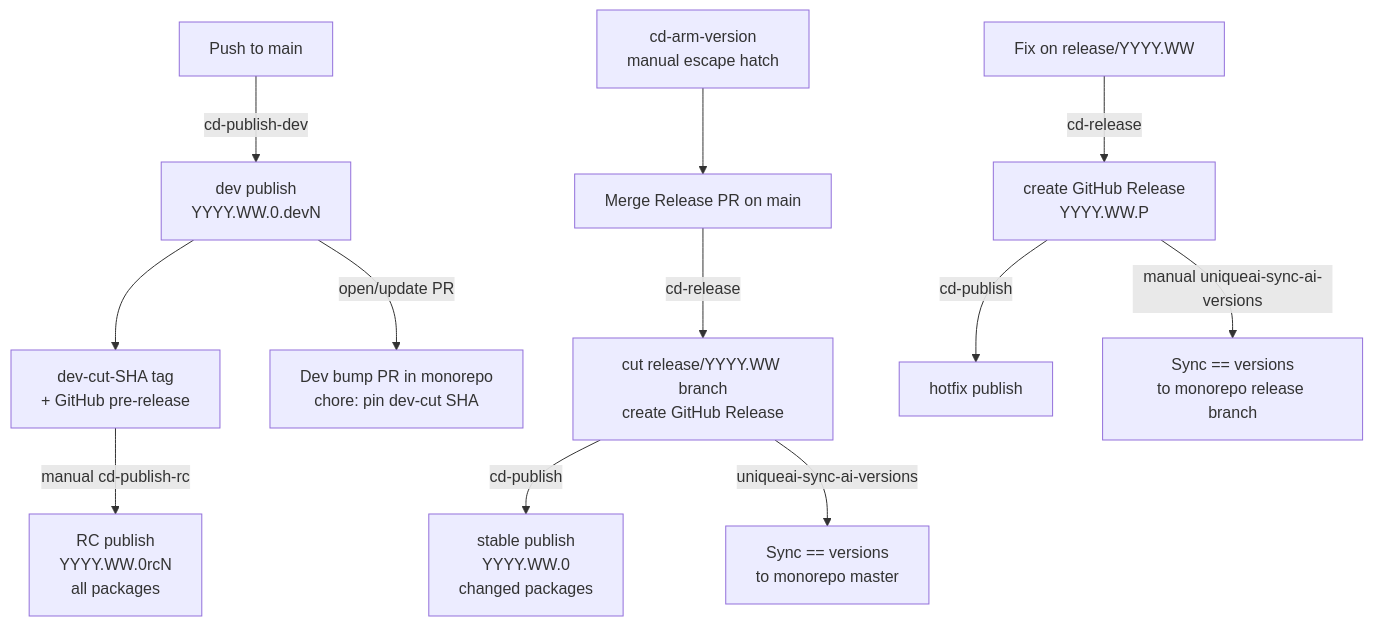
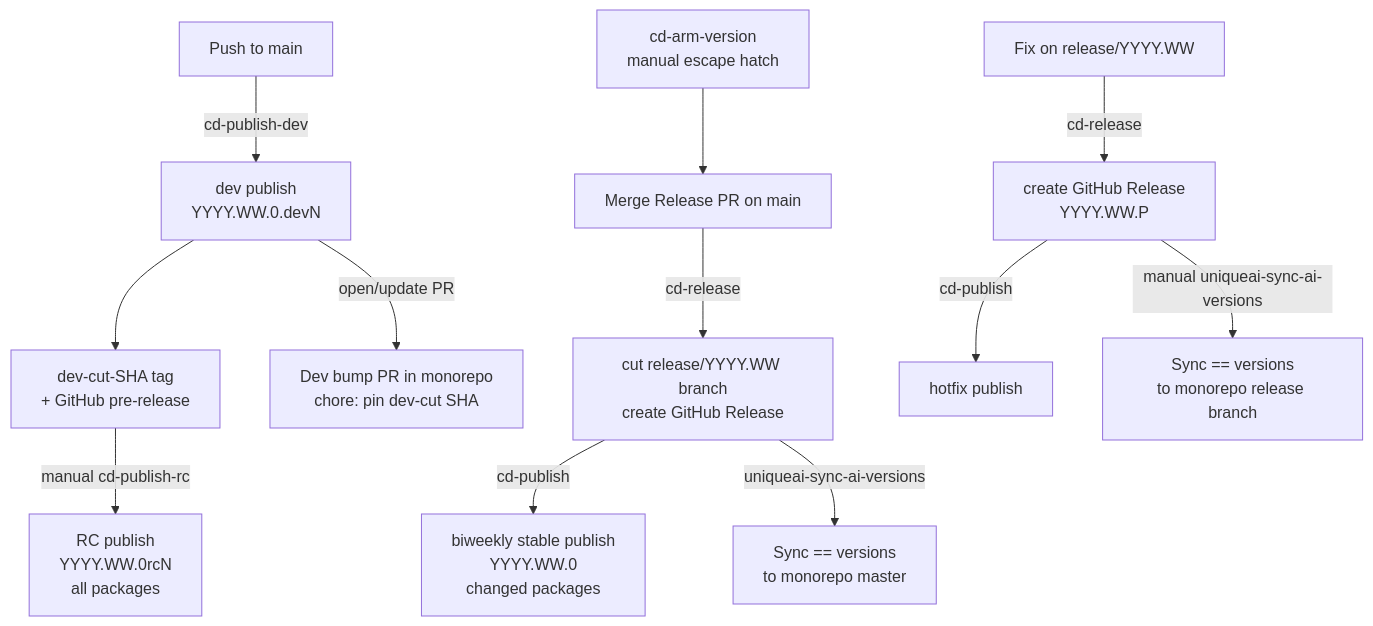
One commit to Unique-AG/ai changed the diagram in docs/contributing/release-process.md. Above: the diagram before and after it, drawn with Mermaid. The commit also changed other lines of this file, not shown here.

First line of the commit message:
docs(release-process): fix weekly→biweekly, hotfix PR flow, dev bump PR guidance, bot-PR single-approver note

````diff
--- a/docs/contributing/release-process.md
+++ b/docs/contributing/release-process.md
@@ -193,17 +198,17 @@
 ```mermaid
 flowchart TD
     A[Push to main] -->|cd-publish-dev| B[dev publish\nYYYY.WW.0.devN]
     B --> C[dev-cut-SHA tag\n+ GitHub pre-release]
     C -->|manual cd-publish-rc| D[RC publish\nYYYY.WW.0rcN\nall packages]
     B -->|open/update PR| E[Dev bump PR in monorepo\nchore: pin dev-cut SHA]
 
     F[Merge Release PR on main] -->|cd-release| G[cut release/YYYY.WW branch\ncreate GitHub Release]
-    G -->|cd-publish| H[stable publish\nYYYY.WW.0\nchanged packages]
+    G -->|cd-publish| H[biweekly stable publish\nYYYY.WW.0\nchanged packages]
     G -->|uniqueai-sync-ai-versions| I[Sync == versions\nto monorepo master]
 
     J[Fix on release/YYYY.WW] -->|cd-release| K[create GitHub Release\nYYYY.WW.P]
     K -->|cd-publish| L[hotfix publish]
     K -->|manual uniqueai-sync-ai-versions| M[Sync == versions\nto monorepo release branch]
 
     N[cd-arm-version\nmanual escape hatch] --> F
 ```
````
